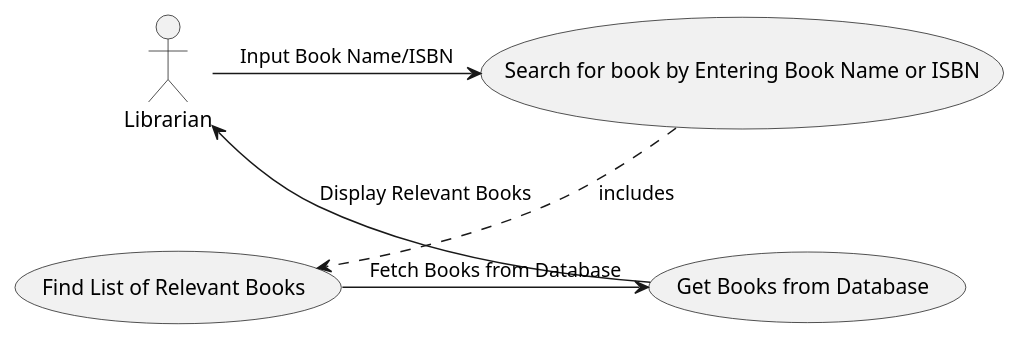
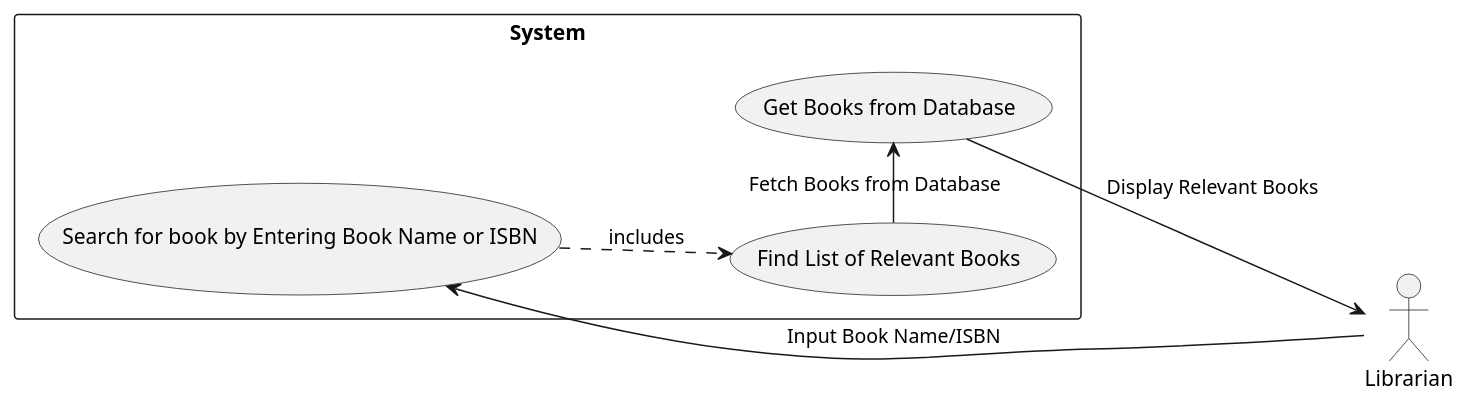
One commit to SalmaAzeem/library-system changed the diagram in diagrams/UCDs/Book Search.puml. Above: the diagram before and after it, drawn with PlantUML. The commit also changed other lines of this file and 7 other files, not shown here.

Commit message:
Refactor to add rectangle System

```diff
--- a/diagrams/UCDs/Book Search.puml
+++ b/diagrams/UCDs/Book Search.puml
@@ -1,15 +1,16 @@
 @startuml
+left to right direction
 actor Librarian as Init
 
-(Search for book by Entering Book Name or ISBN) as enterData
-(Find List of Relevant Books) as revBooks
-(Get Books from Database) as List
+
+rectangle "System" {
+    (Search for book by Entering Book Name or ISBN) as enterData
+    (Find List of Relevant Books) as revBooks
+    (Get Books from Database) as List
+}
 
 Init -> enterData : Input Book Name/ISBN
 enterData ..> revBooks : includes
 List --> Init : Display Relevant Books
 revBooks -> List : Fetch Books from Database
-
-
-
 @enduml
```
